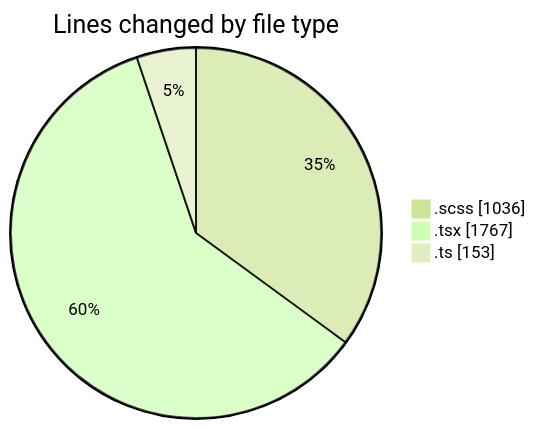
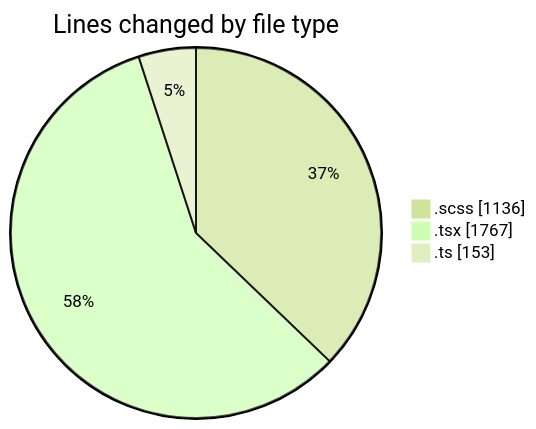
Before and after one commit to momahboobian/code-tracking: the first of 2 diagrams in 2025-03-28/cda/README.md, drawn with Mermaid (forest theme). The commit also changed other lines of this file and 1 other file, not shown here.

````diff
--- a/2025-03-28/cda/README.md
+++ b/2025-03-28/cda/README.md
@@ -28,7 +28,7 @@
 ```mermaid
 pie showData
 title Lines changed by file type
-".scss" : 1036
+".scss" : 1136
 ".tsx" : 1767
 ".ts" : 153
 ```
````
